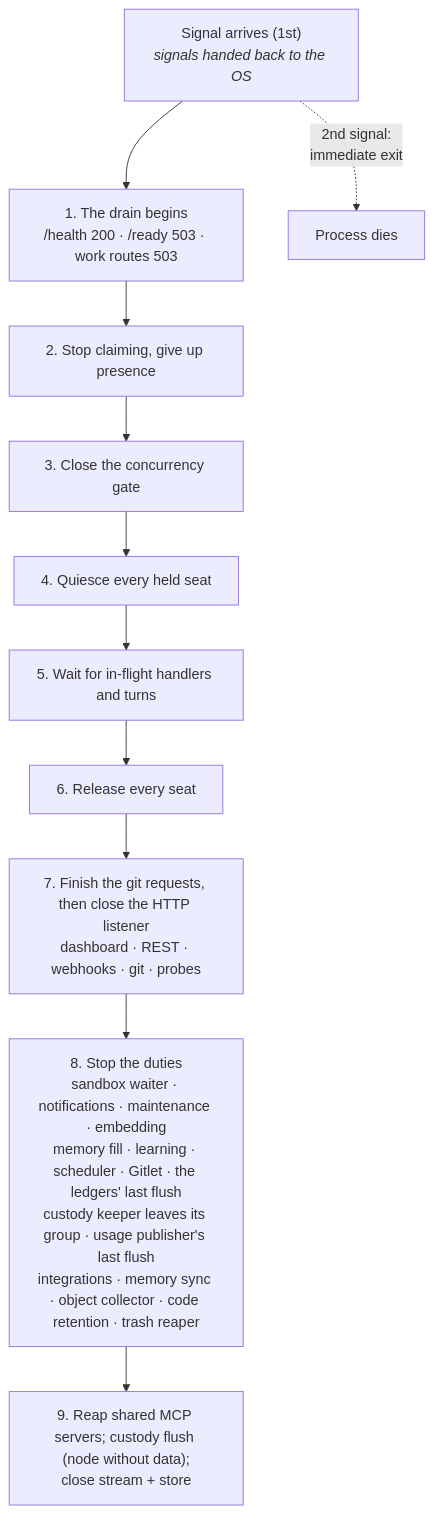
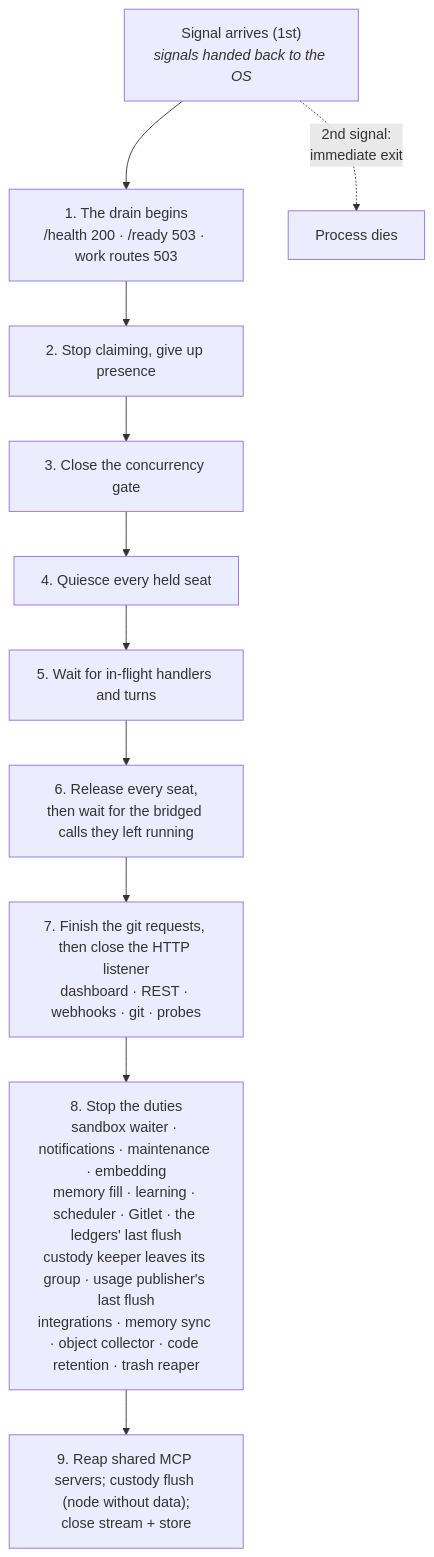
The fifth of 5 diagrams in docs/concepts/agent-runtime.md (crewlet/crewlet), drawn with Mermaid before and after one commit. The commit also changed other lines of this file and 9 other files, not shown here.

````diff
--- a/docs/concepts/agent-runtime.md
+++ b/docs/concepts/agent-runtime.md
@@ -681,14 +681,14 @@
 ```mermaid
 flowchart TD
     SIG["Signal arrives (1st)<br/><i>signals handed back to the OS</i>"] --> S1
     S1["1. The drain begins<br/>/health 200 · /ready 503 · work routes 503"] --> S2
     S2["2. Stop claiming, give up presence"] --> S3
     S3["3. Close the concurrency gate"] --> S4
     S4["4. Quiesce every held seat"] --> S5
     S5["5. Wait for in-flight handlers and turns"] --> S6
-    S6["6. Release every seat"] --> S7
+    S6["6. Release every seat,<br/>then wait for the bridged calls they left running"] --> S7
     S7["7. Finish the git requests, then close the HTTP listener<br/>dashboard · REST · webhooks · git · probes"] --> S8
     S8["8. Stop the duties<br/>sandbox waiter · notifications · maintenance · embedding<br/>memory fill · learning · scheduler · Gitlet · the ledgers' last flush<br/>custody keeper leaves its group · usage publisher's last flush<br/>integrations · memory sync · object collector · code retention · trash reaper"] --> S9
     S9["9. Reap shared MCP servers; custody flush (node without data);<br/>close stream + store"]
     SIG -.->|"2nd signal:<br/>immediate exit"| X["Process dies"]
 ```
````
